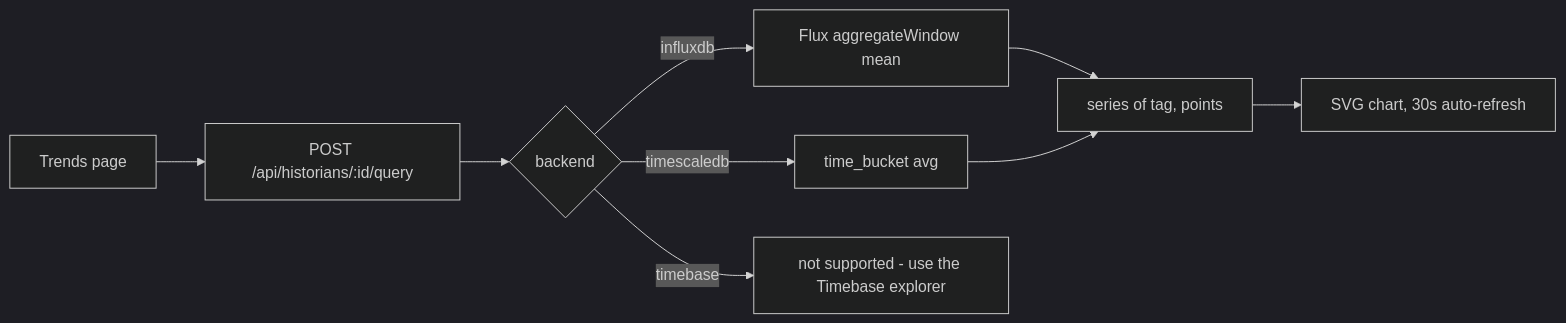
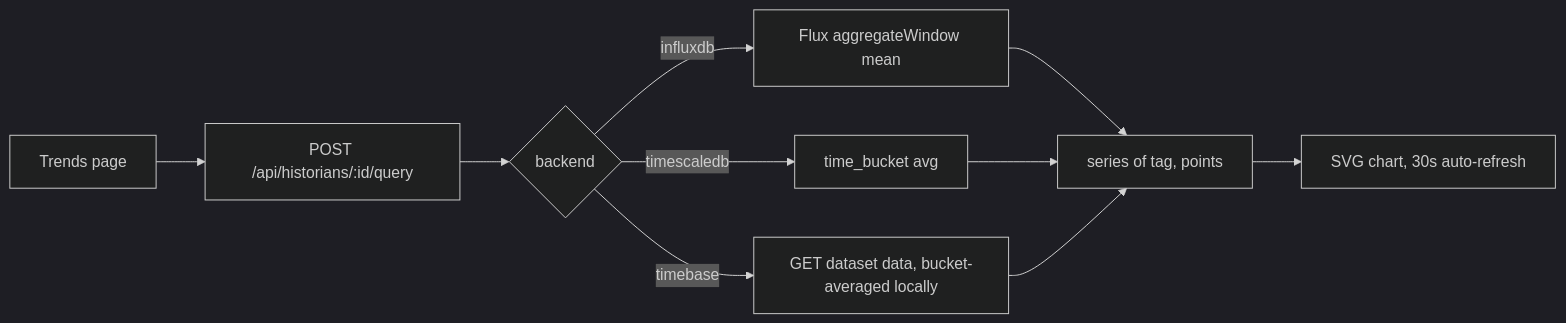
Before and after one commit to zbest1000/manifold-: the fifth of 8 diagrams in ARCHITECTURE.md, drawn with Mermaid (dark theme). The commit also changed other lines of this file and 6 other files, not shown here.

````diff
--- a/ARCHITECTURE.md
+++ b/ARCHITECTURE.md
@@ -226,11 +226,12 @@
 ```mermaid
 flowchart LR
     UI[Trends page] --> API[POST /api/historians/:id/query]
     API --> F{backend}
     F -->|influxdb| FLUX[Flux aggregateWindow mean]
     F -->|timescaledb| TB[time_bucket avg]
-    F -->|timebase| ERR[not supported - use the Timebase explorer]
+    F -->|timebase| TVQ[GET dataset data, bucket-averaged locally]
     FLUX --> S[series of tag, points]
     TB --> S
+    TVQ --> S
     S --> CH[SVG chart, 30s auto-refresh]
 ```
````
